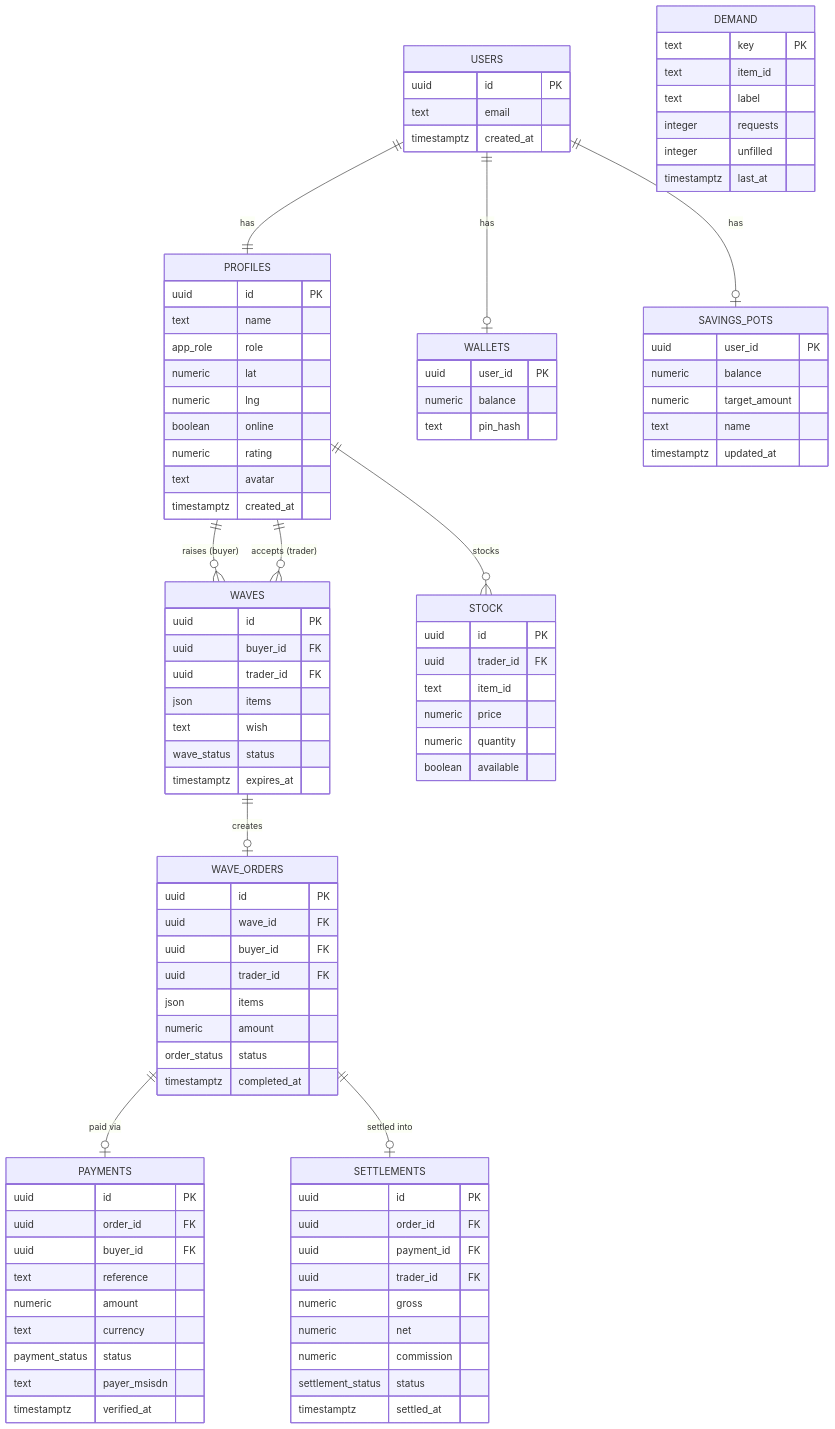
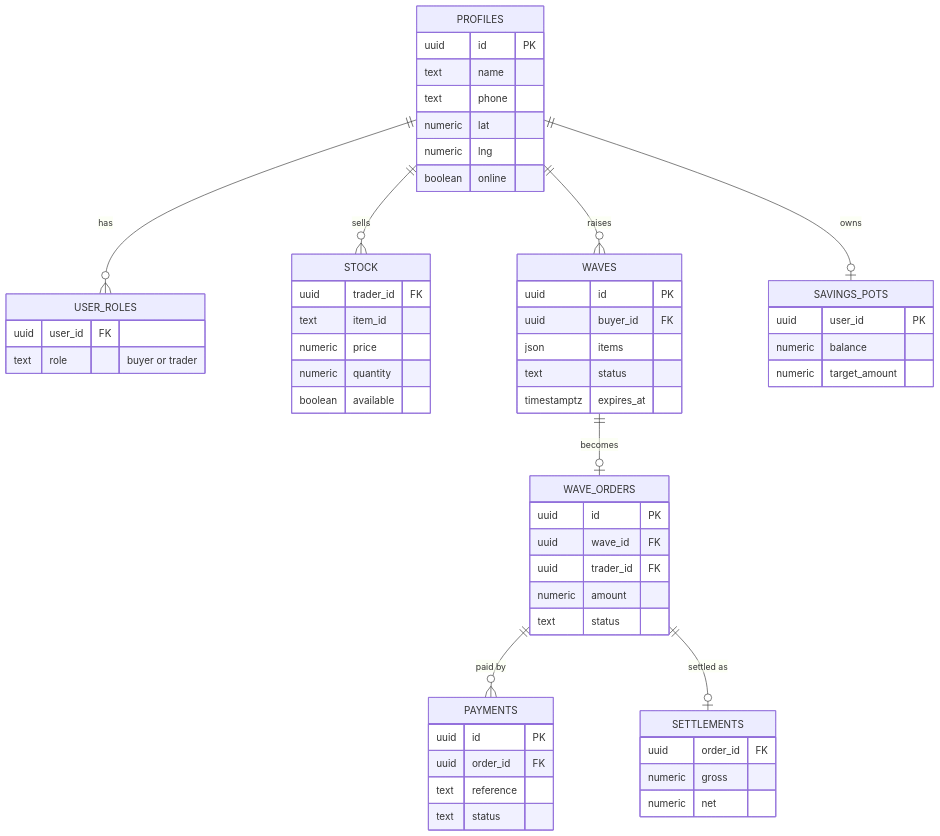
One commit to mpho0sekati/veggie-wave-delivery changed the fourth of 5 diagrams in README.md. Above: the diagram before and after it, drawn with Mermaid. The commit also changed other lines of this file, not shown here.

````diff
--- a/README.md
+++ b/README.md
@@ -132,107 +198,59 @@
 ```mermaid
 erDiagram
-    USERS {
-        uuid id PK
-        text email
-        timestamptz created_at
-    }
-
+    PROFILES ||--o{ USER_ROLES : has
+    PROFILES ||--o{ STOCK : sells
+    PROFILES ||--o{ WAVES : raises
+    WAVES ||--o| WAVE_ORDERS : becomes
+    WAVE_ORDERS ||--o{ PAYMENTS : "paid by"
+    WAVE_ORDERS ||--o| SETTLEMENTS : "settled as"
+    PROFILES ||--o| SAVINGS_POTS : owns
     PROFILES {
         uuid id PK
         text name
-        app_role role
+        text phone
         numeric lat
         numeric lng
         boolean online
-        numeric rating
-        text avatar
-        timestamptz created_at
     }
-
-    WALLETS {
-        uuid user_id PK
-        numeric balance
-        text pin_hash
+    USER_ROLES {
+        uuid user_id FK
+        text role "buyer or trader"
     }
-
-    SAVINGS_POTS {
-        uuid user_id PK
-        numeric balance
-        numeric target_amount
-        text name
-        timestamptz updated_at
-    }
-
-    WAVES {
-        uuid id PK
-        uuid buyer_id FK
-        uuid trader_id FK
-        json items
-        text wish
-        wave_status status
-        timestamptz expires_at
-    }
-
-    WAVE_ORDERS {
-        uuid id PK
-        uuid wave_id FK
-        uuid buyer_id FK
-        uuid trader_id FK
-        json items
-        numeric amount
-        order_status status
-        timestamptz completed_at
-    }
-
-    PAYMENTS {
-        uuid id PK
-        uuid order_id FK
-        uuid buyer_id FK
-        text reference
-        numeric amount
-        text currency
-        payment_status status
-        text payer_msisdn
-        timestamptz verified_at
-    }
-
-    SETTLEMENTS {
-        uuid id PK
-        uuid order_id FK
-        uuid payment_id FK
-        uuid trader_id FK
-        numeric gross
-        numeric net
-        numeric commission
-        settlement_status status
-        timestamptz settled_at
-    }
-
     STOCK {
-        uuid id PK
         uuid trader_id FK
         text item_id
         numeric price
         numeric quantity
         boolean available
     }
-
-    DEMAND {
-        text key PK
-        text item_id
-        text label
-        integer requests
-        integer unfilled
-        timestamptz last_at
+    WAVES {
+        uuid id PK
+        uuid buyer_id FK
+        json items
+        text status
+        timestamptz expires_at
     }
-
-    USERS ||--|| PROFILES : "has"
-    USERS ||--o| WALLETS : "has"
-    USERS ||--o| SAVINGS_POTS : "has"
-    PROFILES ||--o{ WAVES : "raises (buyer)"
-    PROFILES ||--o{ WAVES : "accepts (trader)"
-    WAVES ||--o| WAVE_ORDERS : "creates"
-    WAVE_ORDERS ||--o| PAYMENTS : "paid via"
-    WAVE_ORDERS ||--o| SETTLEMENTS : "settled into"
-    PROFILES ||--o{ STOCK : "stocks"
+    WAVE_ORDERS {
+        uuid id PK
+        uuid wave_id FK
+        uuid trader_id FK
+        numeric amount
+        text status
+    }
+    PAYMENTS {
+        uuid id PK
+        uuid order_id FK
+        text reference
+        text status
+    }
+    SETTLEMENTS {
+        uuid order_id FK
+        numeric gross
+        numeric net
+    }
+    SAVINGS_POTS {
+        uuid user_id PK
+        numeric balance
+        numeric target_amount
+    }
 ```
````
